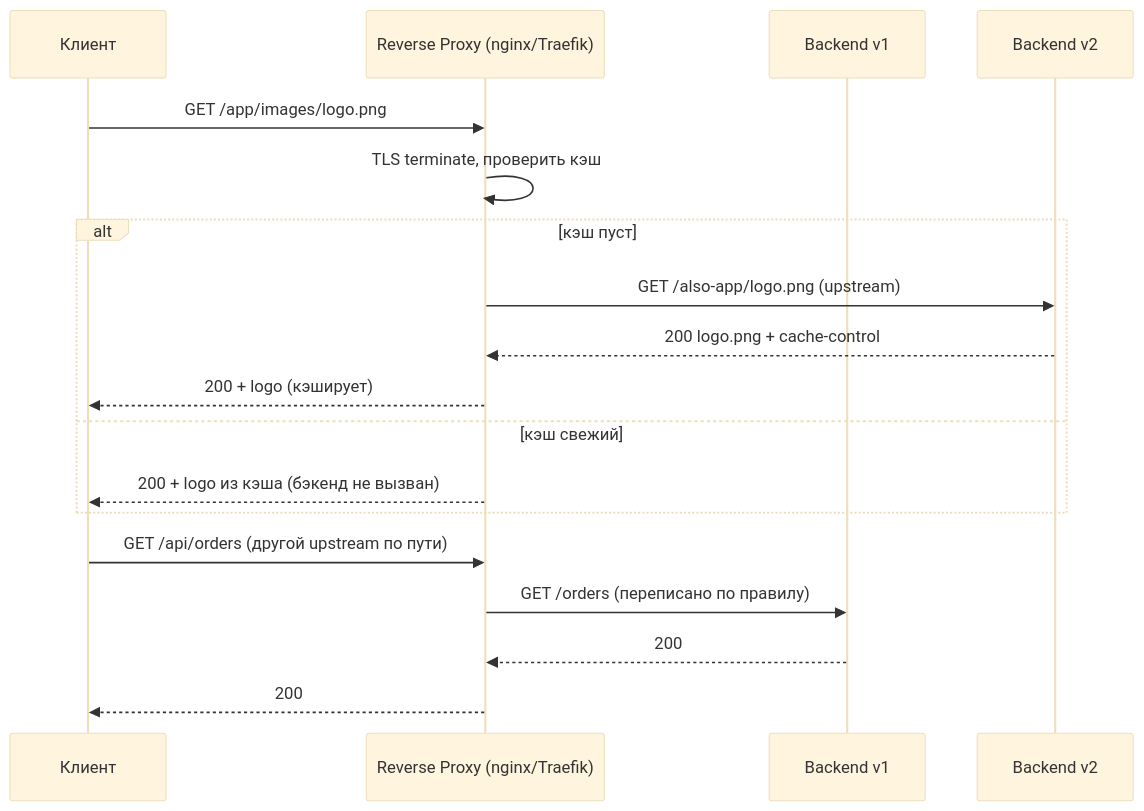
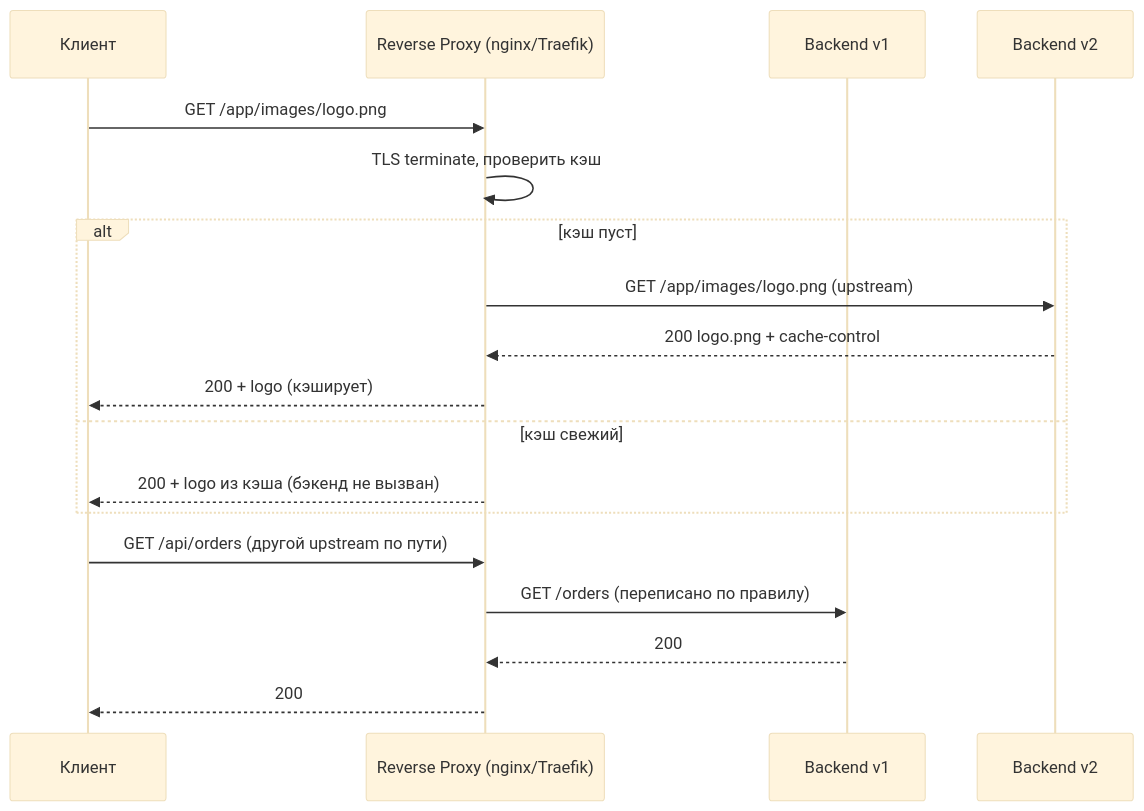
The first of 2 diagrams in packages/content/themes/03-mikroservisnaya-arhitektura/reverse-proxy.md (Groghrus/fullstack-core), drawn with Mermaid (base theme) before and after one commit. The commit also changed other lines of this file and 32 other files, not shown here.

````diff
--- a/packages/content/themes/03-mikroservisnaya-arhitektura/reverse-proxy.md
+++ b/packages/content/themes/03-mikroservisnaya-arhitektura/reverse-proxy.md
@@ -44,20 +44,20 @@
 ```mermaid
 sequenceDiagram
     participant C as Клиент
     participant P as Reverse Proxy (nginx/Traefik)
     participant B1 as Backend v1
     participant B2 as Backend v2
     C->>P: GET /app/images/logo.png
     P->>P: TLS terminate, проверить кэш
     alt кэш пуст
-        P->>B2: GET /also-app/logo.png (upstream)
+        P->>B2: GET /app/images/logo.png (upstream)
         B2-->>P: 200 logo.png + cache-control
         P-->>C: 200 + logo (кэширует)
     else кэш свежий
         P-->>C: 200 + logo из кэша (бэкенд не вызван)
     end
     C->>P: GET /api/orders (другой upstream по пути)
     P->>B1: GET /orders (переписано по правилу)
     B1-->>P: 200
     P-->>C: 200
 ```
````
